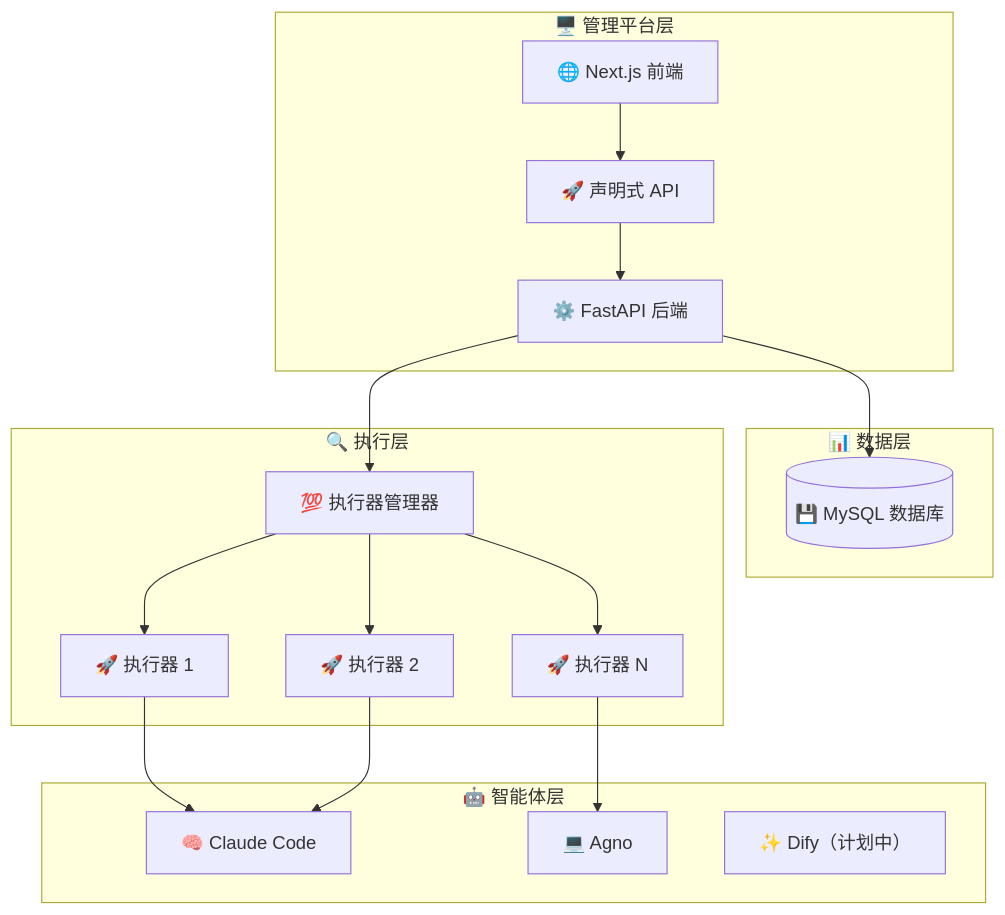
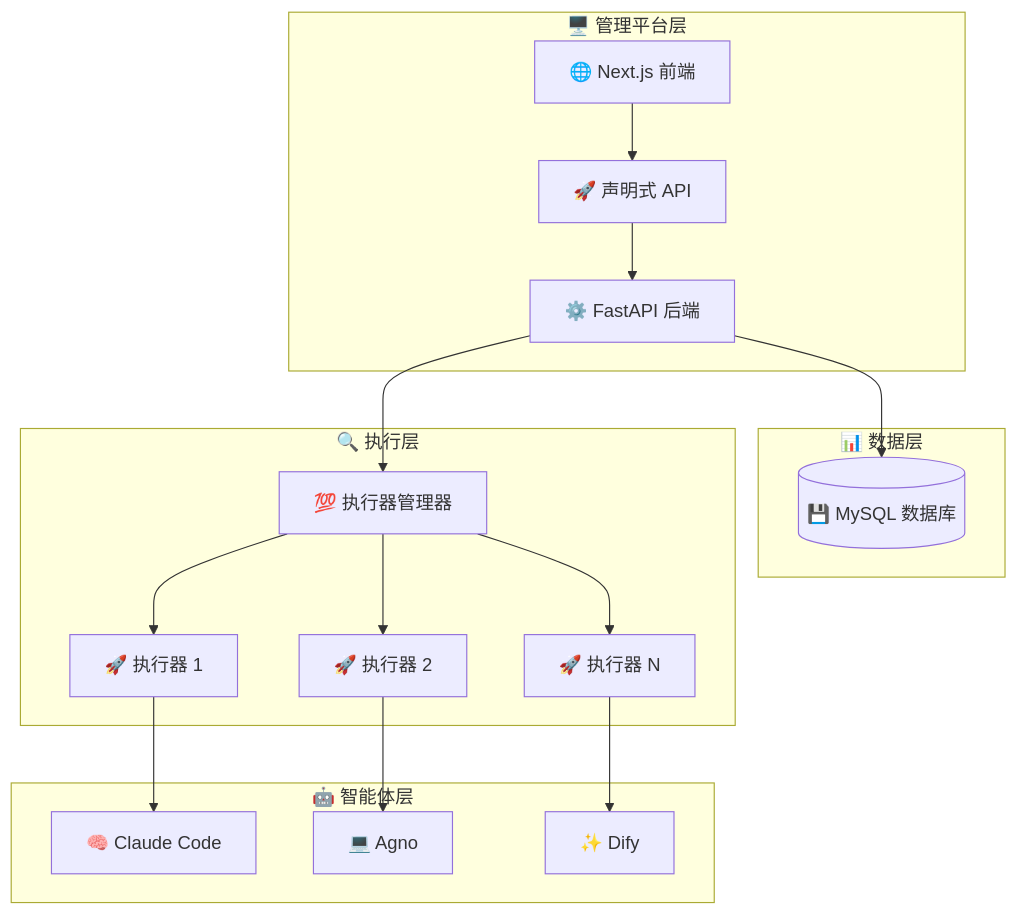
The second of 2 diagrams in README_zh.md (wecode-ai/Wegent), drawn with Mermaid before and after one commit. The commit also changed other lines of this file and 6 other files, not shown here.

````diff
--- a/README_zh.md
+++ b/README_zh.md
@@ -174,40 +175,40 @@
 ```mermaid
 graph TB
     subgraph "🖥️ 管理平台层"
         Frontend["🌐 Next.js 前端"]
         Backend["⚙️ FastAPI 后端"]
         API["🚀 声明式 API"]
     end
 
     subgraph "📊 数据层"
         MySQL[("💾 MySQL 数据库")]
     end
 
     subgraph "🔍 执行层"
         ExecutorManager["💯 执行器管理器"]
         Executor1["🚀 执行器 1"]
         Executor2["🚀 执行器 2"]
         ExecutorN["🚀 执行器 N"]
     end
 
     subgraph "🤖 智能体层"
         Claude["🧠 Claude Code"]
-        Ango["💻 Agno"]
-        DifyPlanned["✨ Dify（计划中）"]
+        Agno["💻 Agno"]
+        Dify["✨ Dify"]
     end
 
 
     %% 系统交互
     Frontend --> API
     API --> Backend
     Backend --> MySQL
     Backend --> ExecutorManager
     ExecutorManager --> Executor1
     ExecutorManager --> Executor2
     ExecutorManager --> ExecutorN
 
-    %% AI 程序集成（目前仅支持 Claude Code）
+    %% AI 程序集成
     Executor1 --> Claude
-    Executor2 --> Claude
-    ExecutorN --> Ango
+    Executor2 --> Agno
+    ExecutorN --> Dify
 ```
````
